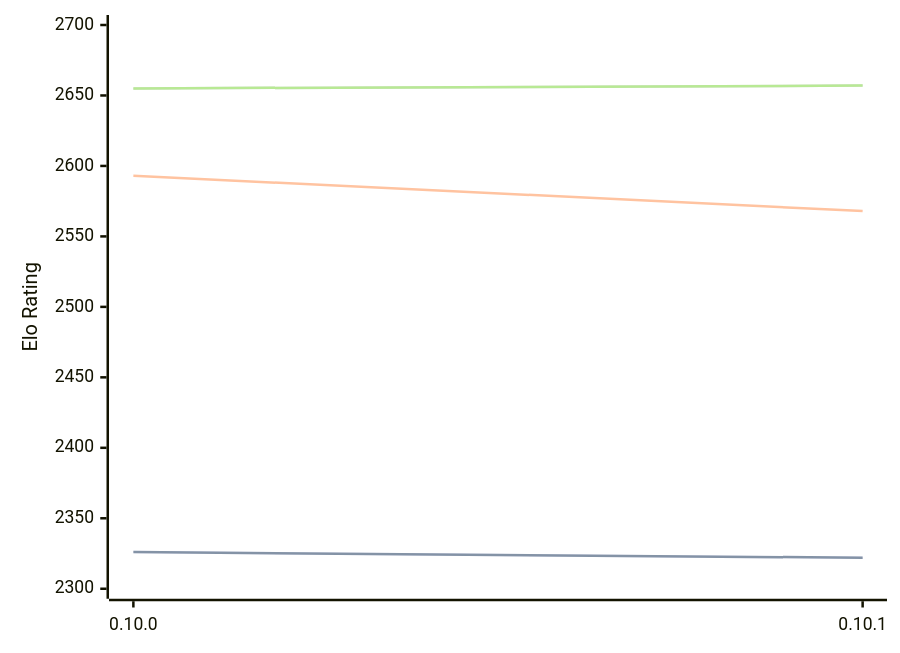
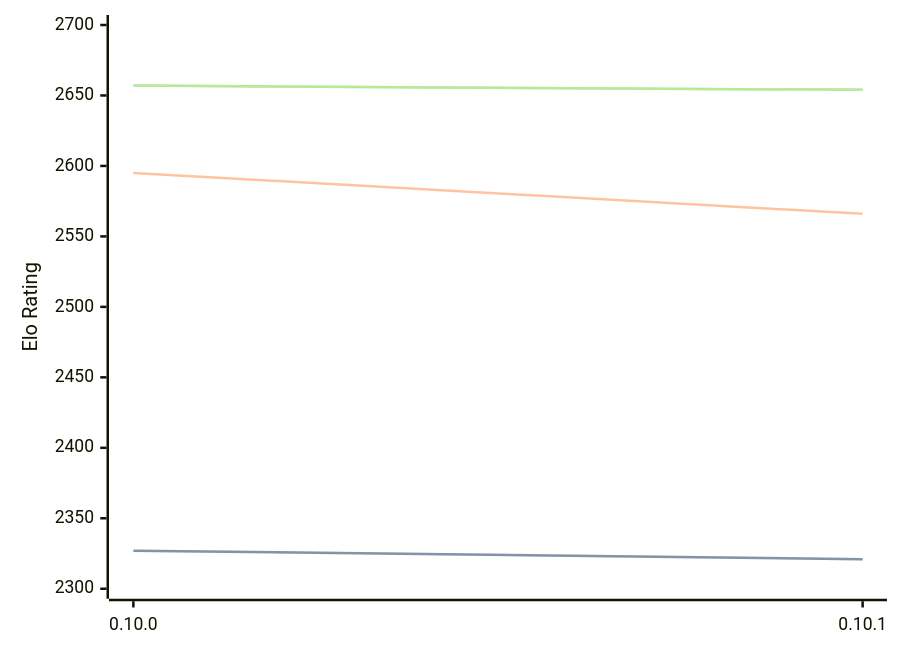
One commit to computer-chess-index/cci changed the diagram in engines/Fatalii.md. Above: the diagram before and after it, drawn with Mermaid. The commit also changed other lines of this file, not shown here.

Commit message:
Update CCI Ratings (ELO VLTC) - 2026-05-16

````diff
--- a/engines/Fatalii.md
+++ b/engines/Fatalii.md
@@ -46,11 +46,11 @@
 ```mermaid
 %%{init: {"theme":"base","themeVariables":{"seriesColors:['#a3a3a3','#222221','#faa371']}}}%%
 xychart-beta
   x-axis ["0.10.0", "0.10.1"]
   y-axis "Elo Rating" 2300 --> 2700
-  line "STC (8.0+0.08s)" [2326, 2322]
-  line "STC (8.0+0.08s)" [2326, 2322]
-  line "LTC (60.0+0.60s)" [2593, 2568]
-  line "VLTC (2m24s+1.12s)" [2655, 2657]
-  line "VLTC (2m24s+1.12s)" [2655, 2657]
+  line "STC (8.0+0.08s)" [2327, 2321]
+  line "STC (8.0+0.08s)" [2327, 2321]
+  line "LTC (60.0+0.60s)" [2595, 2566]
+  line "VLTC (2m24s+1.12s)" [2657, 2654]
+  line "VLTC (2m24s+1.12s)" [2657, 2654]
 ```
````
